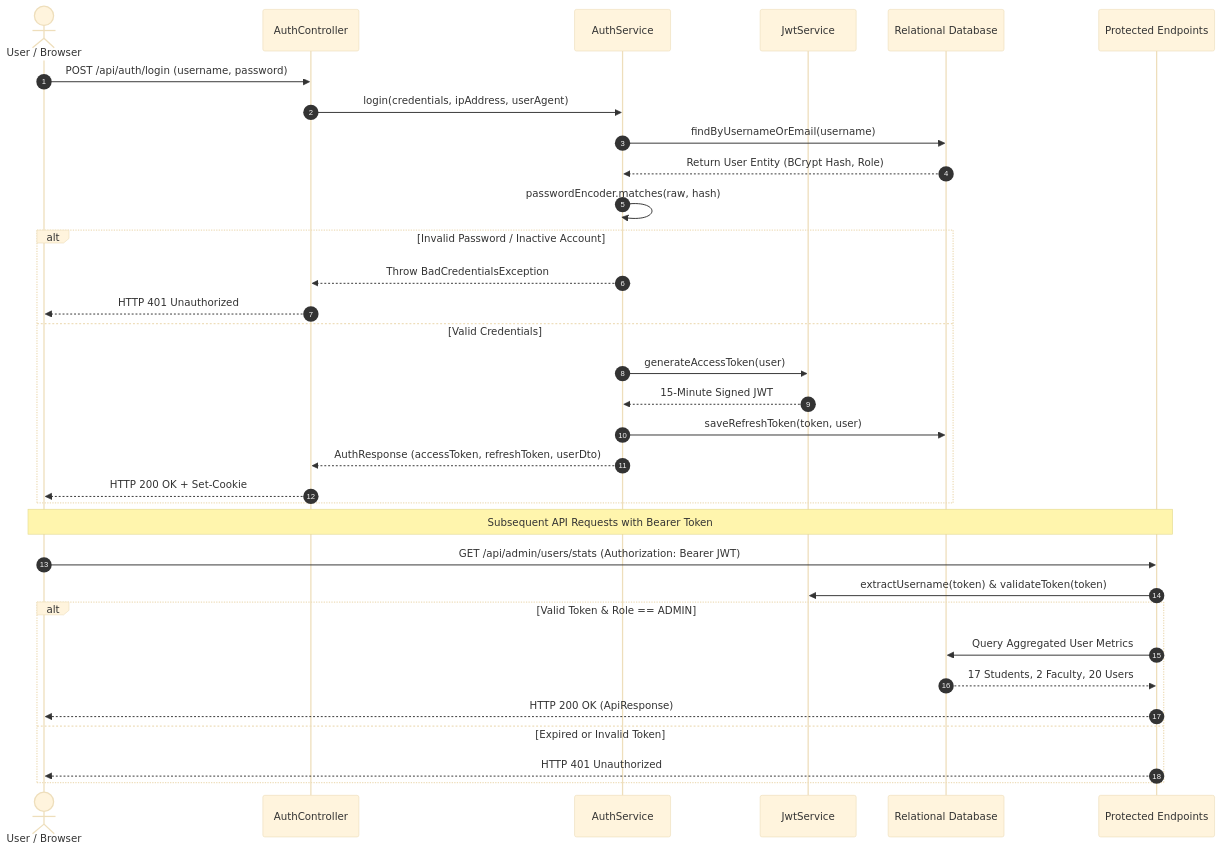
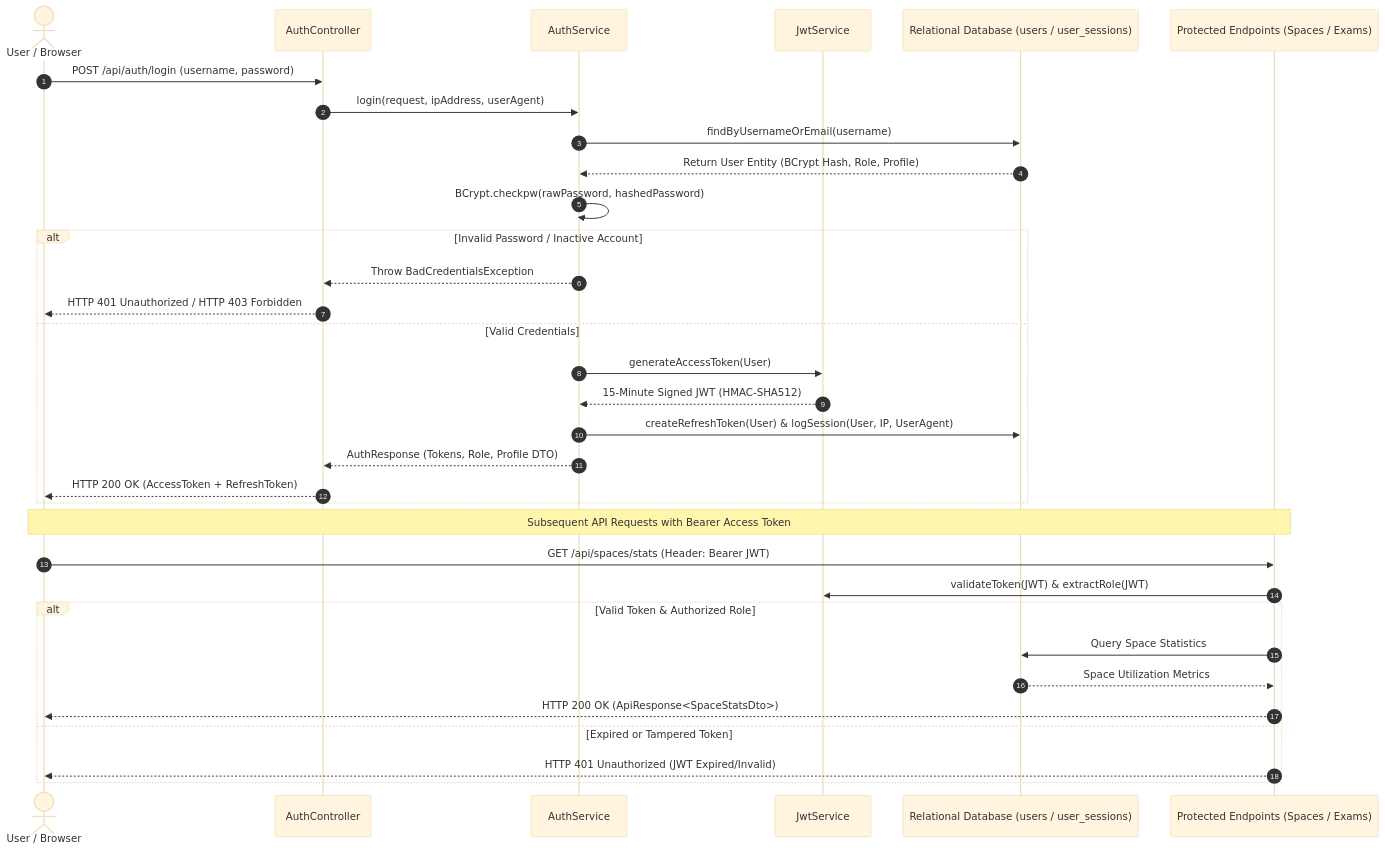
The fourth of 9 diagrams in README.md (nikhilkum92/Java-Project), drawn with Mermaid (base theme) before and after one commit. The commit also changed other lines of this file, not shown here.

````diff
--- a/README.md
+++ b/README.md
@@ -466,38 +579,38 @@
 ```mermaid
 sequenceDiagram
     autonumber
     actor Client as User / Browser
     participant AuthCtrl as AuthController
     participant AuthSvc as AuthService
     participant JwtSvc as JwtService
-    participant DB as Relational Database
-    participant API as Protected Endpoints
+    participant DB as Relational Database (users / user_sessions)
+    participant ProtectedApi as Protected Endpoints (Spaces / Exams)
 
     Client->>AuthCtrl: POST /api/auth/login (username, password)
-    AuthCtrl->>AuthSvc: login(credentials, ipAddress, userAgent)
+    AuthCtrl->>AuthSvc: login(request, ipAddress, userAgent)
     AuthSvc->>DB: findByUsernameOrEmail(username)
-    DB-->>AuthSvc: Return User Entity (BCrypt Hash, Role)
-    AuthSvc->>AuthSvc: passwordEncoder.matches(raw, hash)
+    DB-->>AuthSvc: Return User Entity (BCrypt Hash, Role, Profile)
+    AuthSvc->>AuthSvc: BCrypt.checkpw(rawPassword, hashedPassword)
     
     alt Invalid Password / Inactive Account
         AuthSvc-->>AuthCtrl: Throw BadCredentialsException
-        AuthCtrl-->>Client: HTTP 401 Unauthorized
+        AuthCtrl-->>Client: HTTP 401 Unauthorized / HTTP 403 Forbidden
     else Valid Credentials
-        AuthSvc->>JwtSvc: generateAccessToken(user)
-        JwtSvc-->>AuthSvc: 15-Minute Signed JWT
-        AuthSvc->>DB: saveRefreshToken(token, user)
-        AuthSvc-->>AuthCtrl: AuthResponse (accessToken, refreshToken, userDto)
-        AuthCtrl-->>Client: HTTP 200 OK + Set-Cookie
+        AuthSvc->>JwtSvc: generateAccessToken(User)
+        JwtSvc-->>AuthSvc: 15-Minute Signed JWT (HMAC-SHA512)
+        AuthSvc->>DB: createRefreshToken(User) & logSession(User, IP, UserAgent)
+        AuthSvc-->>AuthCtrl: AuthResponse (Tokens, Role, Profile DTO)
+        AuthCtrl-->>Client: HTTP 200 OK (AccessToken + RefreshToken)
     end
 
-    Note over Client,API: Subsequent API Requests with Bearer Token
-    Client->>API: GET /api/admin/users/stats (Authorization: Bearer JWT)
-    API->>JwtSvc: extractUsername(token) & validateToken(token)
-    alt Valid Token & Role == ADMIN
-        API->>DB: Query Aggregated User Metrics
-        DB-->>API: 17 Students, 2 Faculty, 20 Users
-        API-->>Client: HTTP 200 OK (ApiResponse)
-    else Expired or Invalid Token
-        API-->>Client: HTTP 401 Unauthorized
+    Note over Client,ProtectedApi: Subsequent API Requests with Bearer Access Token
+    Client->>ProtectedApi: GET /api/spaces/stats (Header: Bearer JWT)
+    ProtectedApi->>JwtSvc: validateToken(JWT) & extractRole(JWT)
+    alt Valid Token & Authorized Role
+        ProtectedApi->>DB: Query Space Statistics
+        DB-->>ProtectedApi: Space Utilization Metrics
+        ProtectedApi-->>Client: HTTP 200 OK (ApiResponse<SpaceStatsDto>)
+    else Expired or Tampered Token
+        ProtectedApi-->>Client: HTTP 401 Unauthorized (JWT Expired/Invalid)
     end
 ```
````
